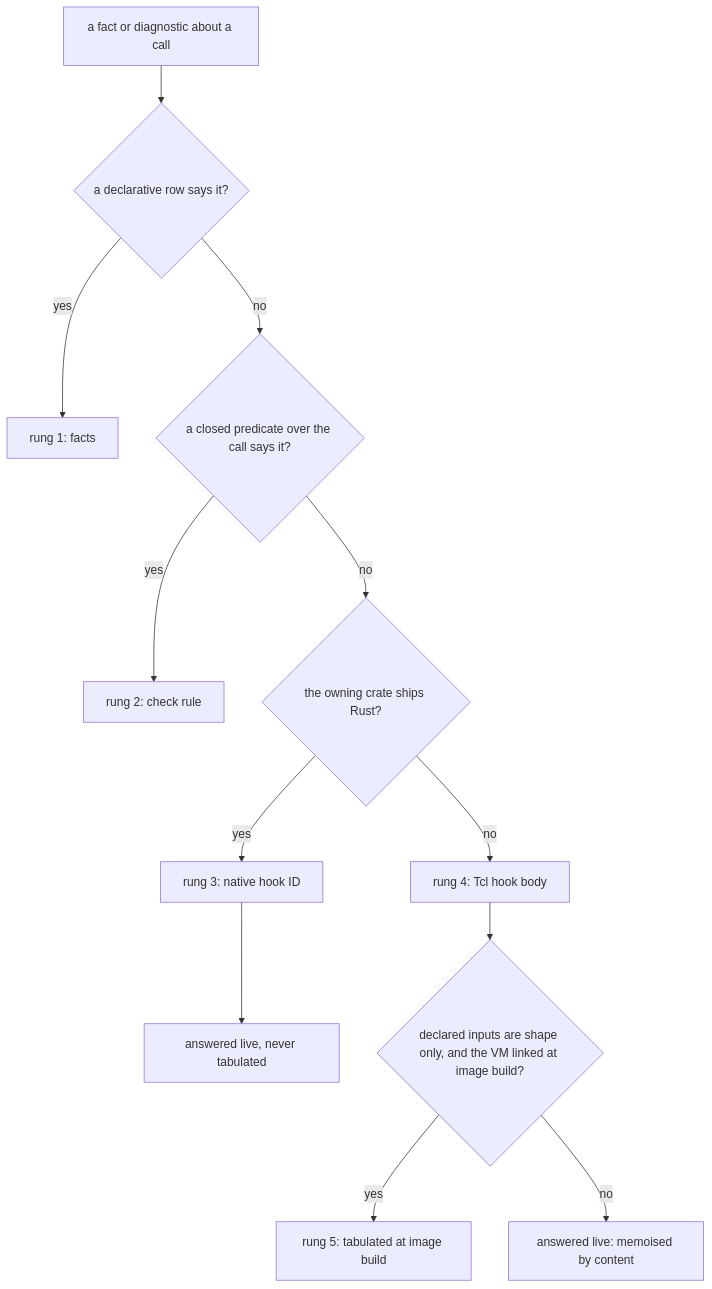
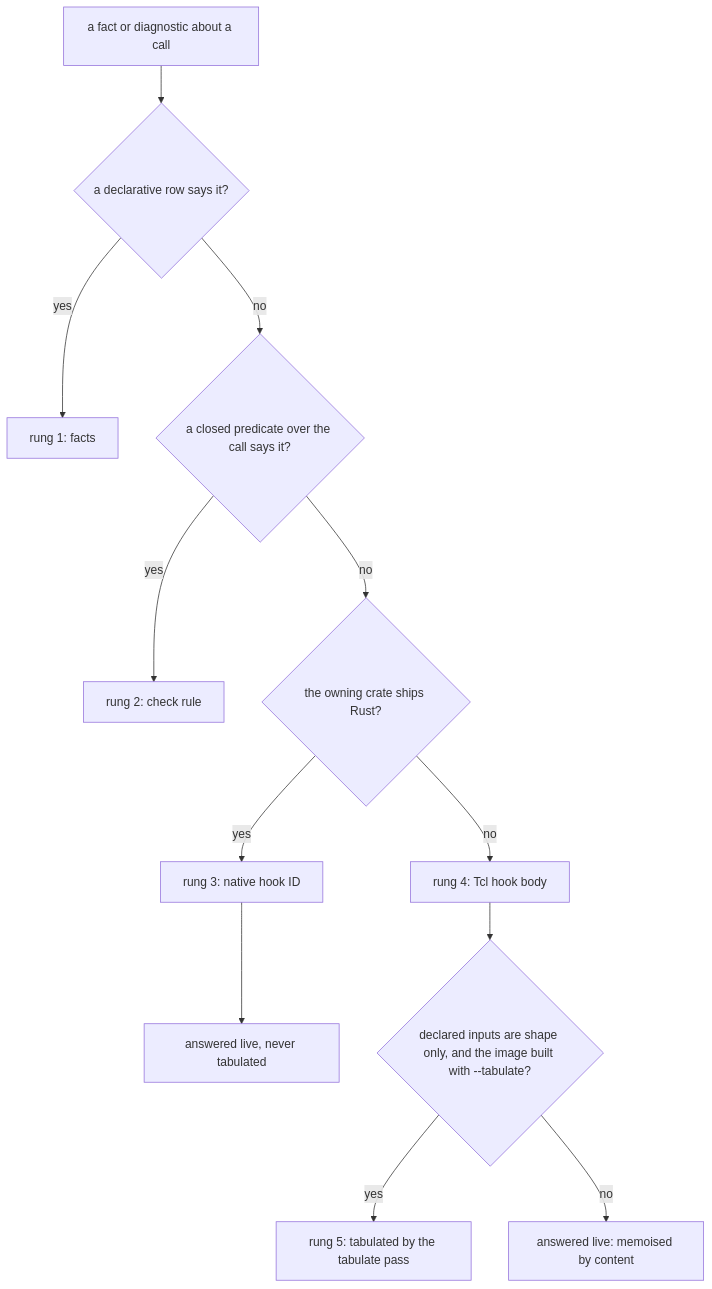
One commit to bitwisecook/tcl-lsp changed the first of 2 diagrams in docs/design/registry/spectcl-3/05-checks-hooks-abi.md. Above: the diagram before and after it, drawn with Mermaid. The commit also changed other lines of this file and 15 other files, not shown here.

````diff
--- a/docs/design/registry/spectcl-3/05-checks-hooks-abi.md
+++ b/docs/design/registry/spectcl-3/05-checks-hooks-abi.md
@@ -38,14 +45,14 @@
 ```mermaid
 flowchart TB
   need["a fact or diagnostic about a call"] --> declared{"a declarative row says it?"}
   declared -- yes --> r1["rung 1: facts"]
   declared -- no --> pred{"a closed predicate over the call says it?"}
   pred -- yes --> r2["rung 2: check rule"]
   pred -- no --> native{"the owning crate ships Rust?"}
   native -- yes --> r3["rung 3: native hook ID"]
   native -- no --> r4["rung 4: Tcl hook body"]
   r3 --> liveNative["answered live, never tabulated"]
-  r4 --> shape{"declared inputs are shape only, and the VM linked at image build?"}
-  shape -- yes --> r5["rung 5: tabulated at image build"]
+  r4 --> shape{"declared inputs are shape only, and the image built with --tabulate?"}
+  shape -- yes --> r5["rung 5: tabulated by the tabulate pass"]
   shape -- no --> live["answered live: memoised by content"]
 ```
````
